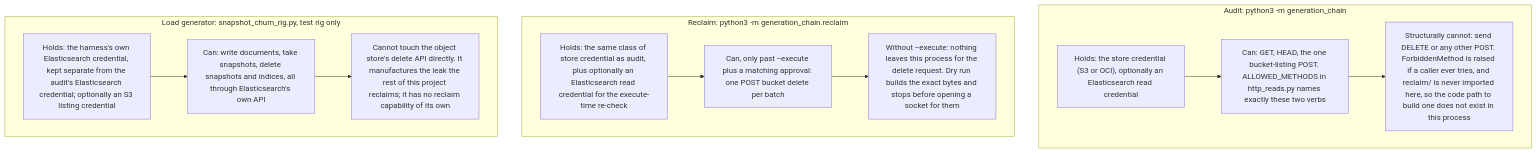
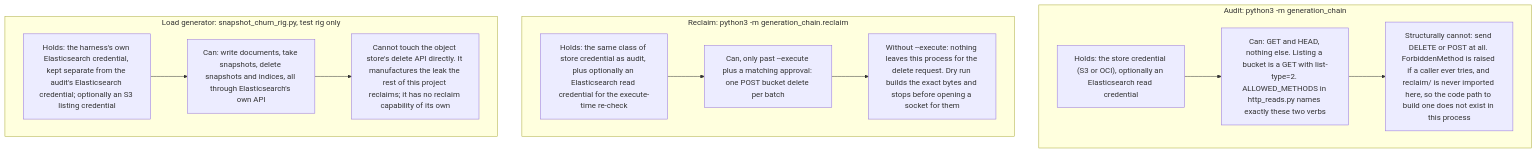
The sixth of 9 diagrams in docs/security/threat-model.md (thanatostyrannos/elasticsearch-oci-s3-workaround), drawn with Mermaid before and after one commit. The commit also changed 4 other files, not shown here.

````diff
--- a/docs/security/threat-model.md
+++ b/docs/security/threat-model.md
@@ -397,24 +397,24 @@
 ```mermaid
 flowchart TD
     subgraph AuditBox["Audit: python3 -m generation_chain"]
         A_Holds["Holds: the store credential (S3 or OCI), optionally an Elasticsearch read credential"]
-        A_Can["Can: GET, HEAD, the one bucket-listing POST. ALLOWED_METHODS in http_reads.py names exactly these two verbs"]
-        A_Cannot["Structurally cannot: send DELETE or any other POST. ForbiddenMethod is raised if a caller ever tries, and reclaim/ is never imported here, so the code path to build one does not exist in this process"]
+        A_Can["Can: GET and HEAD, nothing else. Listing a bucket is a GET with list-type=2. ALLOWED_METHODS in http_reads.py names exactly these two verbs"]
+        A_Cannot["Structurally cannot: send DELETE or POST at all. ForbiddenMethod is raised if a caller ever tries, and reclaim/ is never imported here, so the code path to build one does not exist in this process"]
     end
 
     subgraph ReclaimBox["Reclaim: python3 -m generation_chain.reclaim"]
         R_Holds["Holds: the same class of store credential as audit, plus optionally an Elasticsearch read credential for the execute-time re-check"]
         R_Can["Can, only past --execute plus a matching approval: one POST bucket delete per batch"]
         R_Cannot["Without --execute: nothing leaves this process for the delete request. Dry run builds the exact bytes and stops before opening a socket for them"]
     end
 
     subgraph ChurnBox["Load generator: snapshot_churn_rig.py, test rig only"]
         C_Holds["Holds: the harness's own Elasticsearch credential, kept separate from the audit's Elasticsearch credential; optionally an S3 listing credential"]
         C_Can["Can: write documents, take snapshots, delete snapshots and indices, all through Elasticsearch's own API"]
         C_Cannot["Cannot touch the object store's delete API directly. It manufactures the leak the rest of this project reclaims; it has no reclaim capability of its own"]
     end
 
     A_Holds --> A_Can --> A_Cannot
     R_Holds --> R_Can --> R_Cannot
     C_Holds --> C_Can --> C_Cannot
 ```
````
